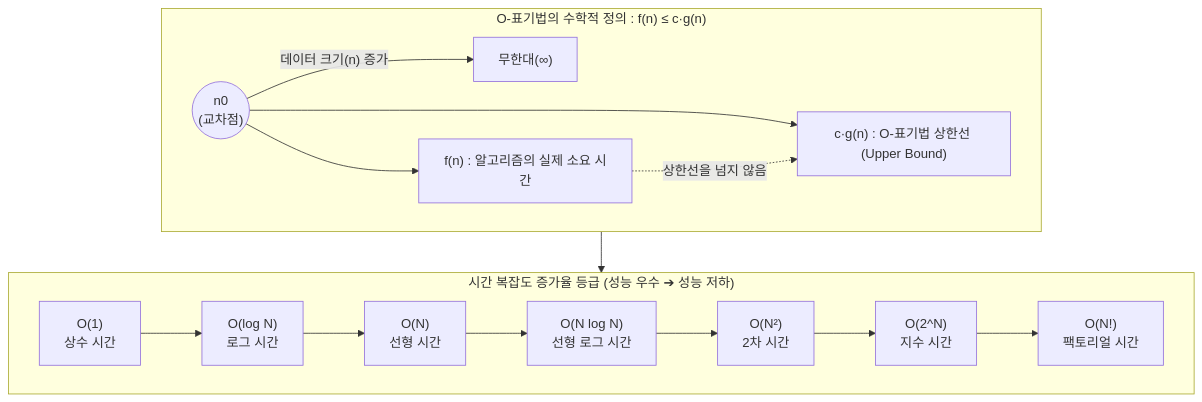
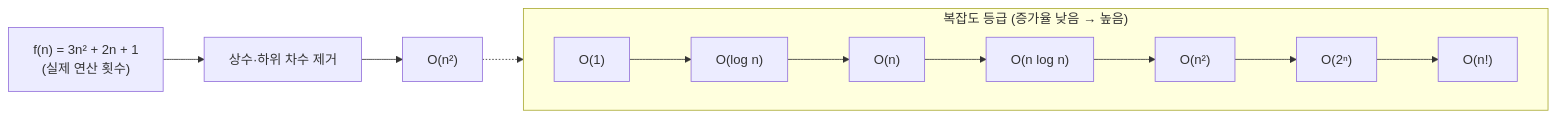
The diagram in content/01_IT Tech/O-Notation (O-표기법).md (supremethumb/supremethumb.github.io), drawn with Mermaid before and after one commit. The commit also changed other lines of this file and 1087 other files, not shown here.

````diff
--- a/content/01_IT Tech/O-Notation (O-표기법).md
+++ b/content/01_IT Tech/O-Notation (O-표기법).md
@@ -32,23 +38,9 @@
 ```mermaid
-flowchart TB
-    subgraph Math_Definition ["O-표기법의 수학적 정의 : f(n) ≤ c·g(n)"]
+flowchart LR
+    F["f(n) = 3n² + 2n + 1<br/>(실제 연산 횟수)"] --> R["상수·하위 차수 제거"] --> B["O(n²)"]
+    subgraph Class["복잡도 등급 (증가율 낮음 → 높음)"]
         direction LR
-        N0(("n0<br/>(교차점)")) -- "데이터 크기(n) 증가" --> INF["무한대(∞)"]
-        N0 --> FN["f(n) : 알고리즘의 실제 소요 시간"]
-        N0 --> CGN["c·g(n) : O-표기법 상한선 (Upper Bound)"]
-        FN -. "상한선을 넘지 않음" .-> CGN
+        O1["O(1)"] --> Olog["O(log n)"] --> On["O(n)"] --> Onlog["O(n log n)"] --> On2["O(n²)"] --> O2n["O(2ⁿ)"] --> Ofac["O(n!)"]
     end
-
-    subgraph Complexity_Classes ["시간 복잡도 증가율 등급 (성능 우수 ➔ 성능 저하)"]
-        direction LR
-        O1["O(1)<br/>상수 시간"] --> OlogN["O(log N)<br/>로그 시간"]
-        OlogN --> ON["O(N)<br/>선형 시간"]
-        ON --> ONlogN["O(N log N)<br/>선형 로그 시간"]
-        ONlogN --> ON2["O(N²)<br/>2차 시간"]
-        ON2 --> O2N["O(2^N)<br/>지수 시간"]
-        O2N --> ON_fact["O(N!)<br/>팩토리얼 시간"]
-    end
-
-    Math_Definition --> Complexity_Classes
-
+    B -.-> On2
 ```
````
